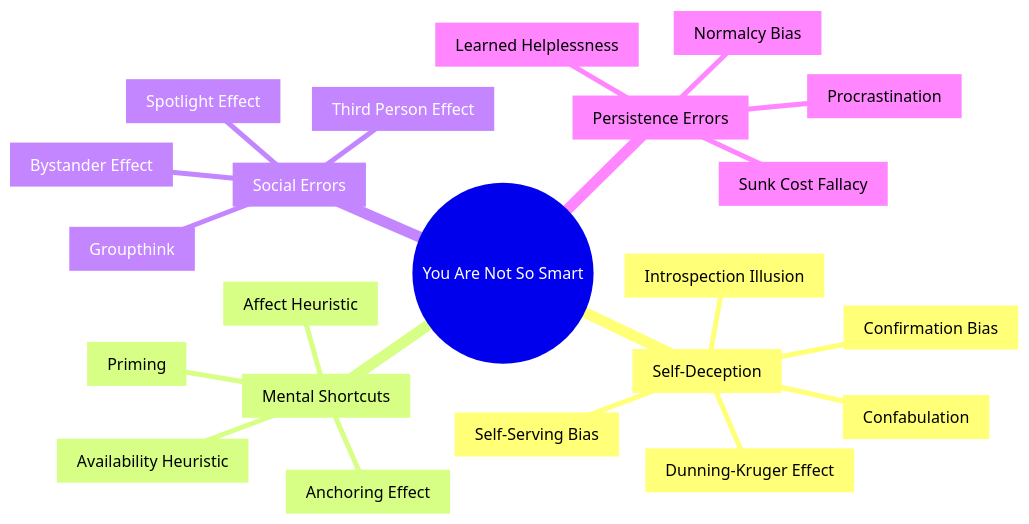
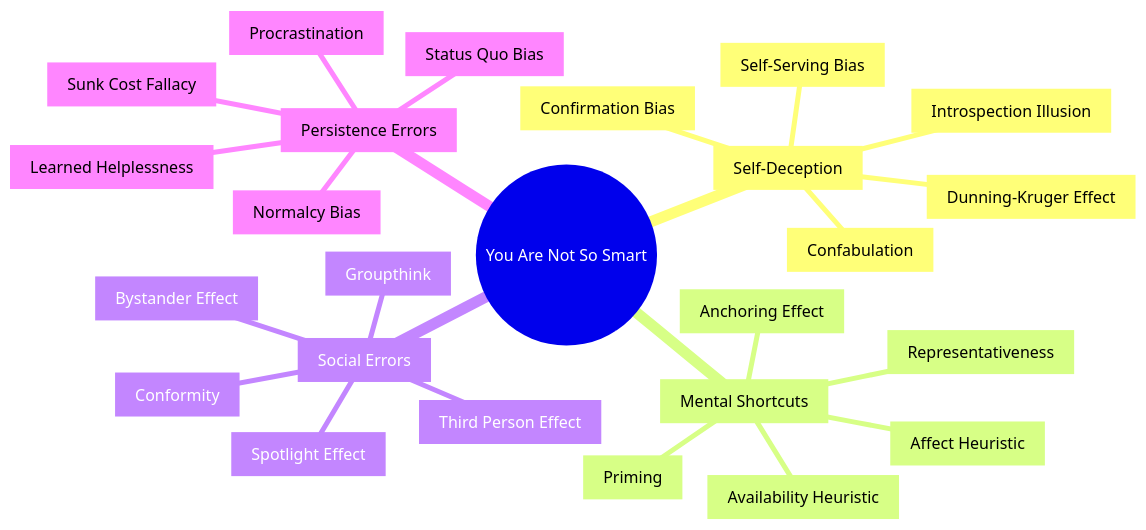
Before and after one commit to alius33/reader: the first of 11 diagrams in summaries/Psychology & Decision Making/You Are Not So Smart - David McRaney.md, drawn with Mermaid. The commit also changed other lines of this file and 272 other files, not shown here.

````diff
--- a/summaries/Psychology & Decision Making/You Are Not So Smart - David McRaney.md
+++ b/summaries/Psychology & Decision Making/You Are Not So Smart - David McRaney.md
@@ -34,25 +40,28 @@
 ```mermaid
 mindmap
   root((You Are Not So Smart))
     SelfDeception["Self-Deception"]
       ConfirmationBias["Confirmation Bias"]
       Confabulation["Confabulation"]
       SelfServingBias["Self-Serving Bias"]
       IntrospectionIllusion["Introspection Illusion"]
       DunningKruger["Dunning-Kruger Effect"]
     Shortcuts["Mental Shortcuts"]
       Anchoring["Anchoring Effect"]
       Availability["Availability Heuristic"]
       AffectHeuristic["Affect Heuristic"]
       Priming["Priming"]
+      RepresentativenessHeuristic["Representativeness"]
     SocialErrors["Social Errors"]
       BystanderEffect["Bystander Effect"]
       Groupthink["Groupthink"]
       SpotlightEffect["Spotlight Effect"]
       ThirdPersonEffect["Third Person Effect"]
+      Conformity["Conformity"]
     PersistenceErrors["Persistence Errors"]
       SunkCost["Sunk Cost Fallacy"]
       Procrastination["Procrastination"]
       LearnedHelplessness["Learned Helplessness"]
       NormalcyBias["Normalcy Bias"]
+      StatusQuoBias["Status Quo Bias"]
 ```
````
